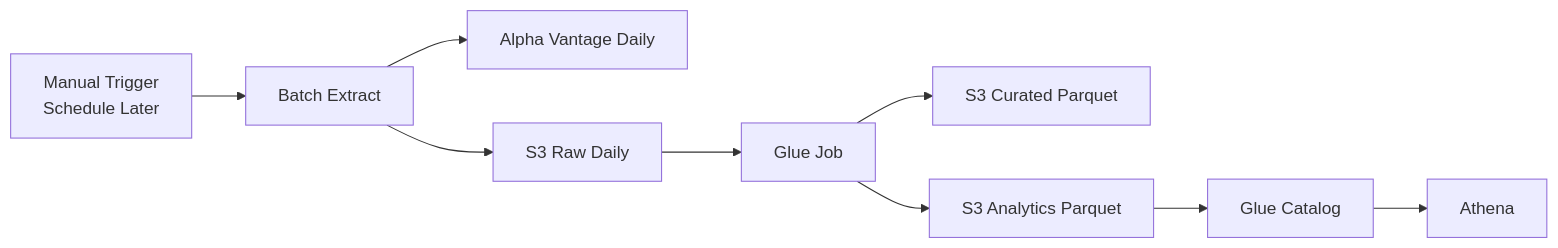
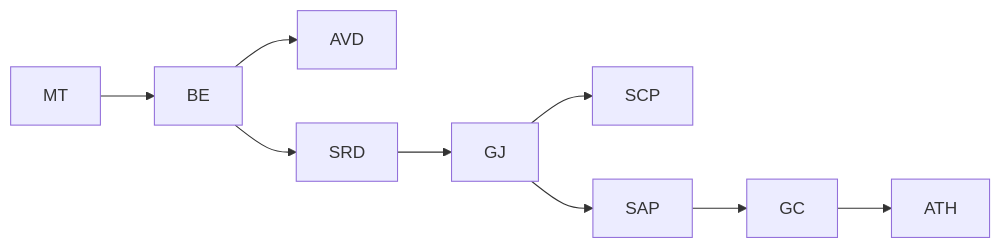
Before and after one commit to hsjoi0214/market-data-platform: the second of 2 diagrams in README.md, drawn with Mermaid. The commit also changed other lines of this file, not shown here.

Commit message:
docs(readme): use shorthand labels in pipeline diagrams

````diff
--- a/README.md
+++ b/README.md
@@ -74,11 +84,11 @@
 ```mermaid
 flowchart LR
-    A["Manual Trigger<br/>Schedule Later"] --> B["Batch Extract"]
-    B --> C["Alpha Vantage Daily"]
-    B --> D["S3 Raw Daily"]
-    D --> E["Glue Job"]
-    E --> F["S3 Curated Parquet"]
-    E --> G["S3 Analytics Parquet"]
-    G --> H["Glue Catalog"]
-    H --> I["Athena"]
+    A["MT"] --> B["BE"]
+    B --> C["AVD"]
+    B --> D["SRD"]
+    D --> E["GJ"]
+    E --> F["SCP"]
+    E --> G["SAP"]
+    G --> H["GC"]
+    H --> I["ATH"]
 ```
````
